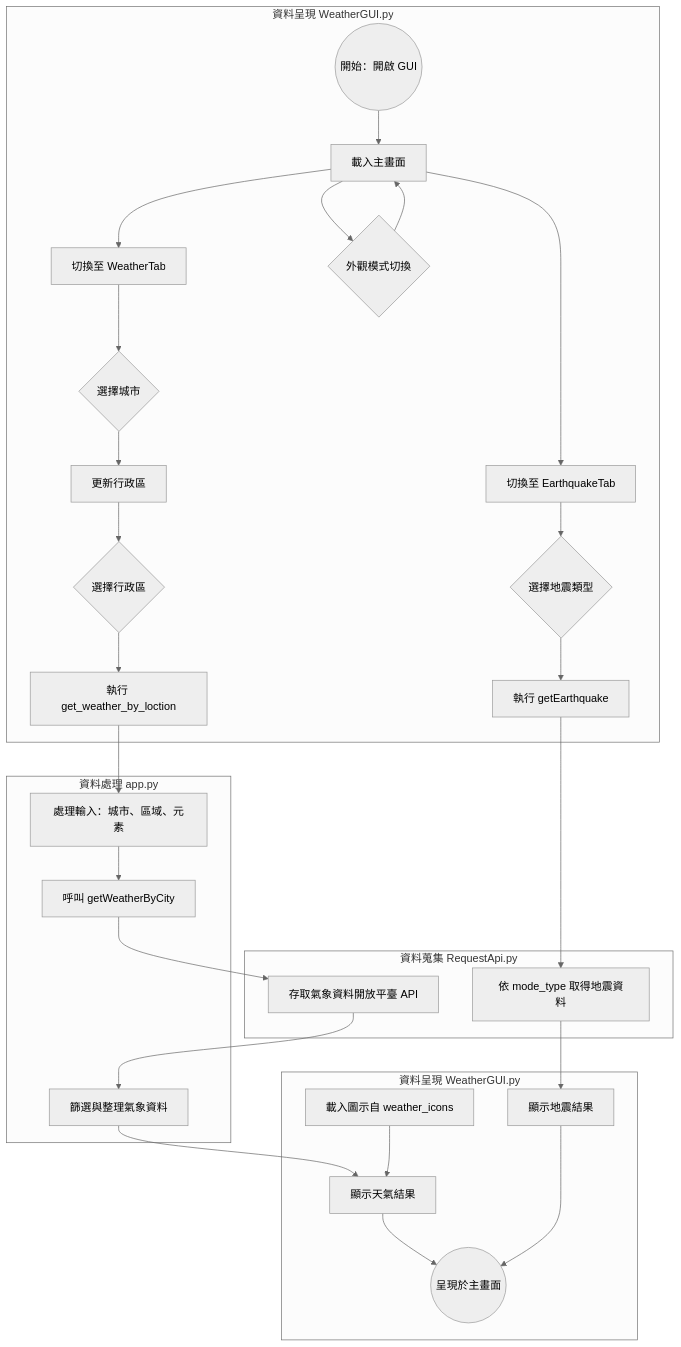
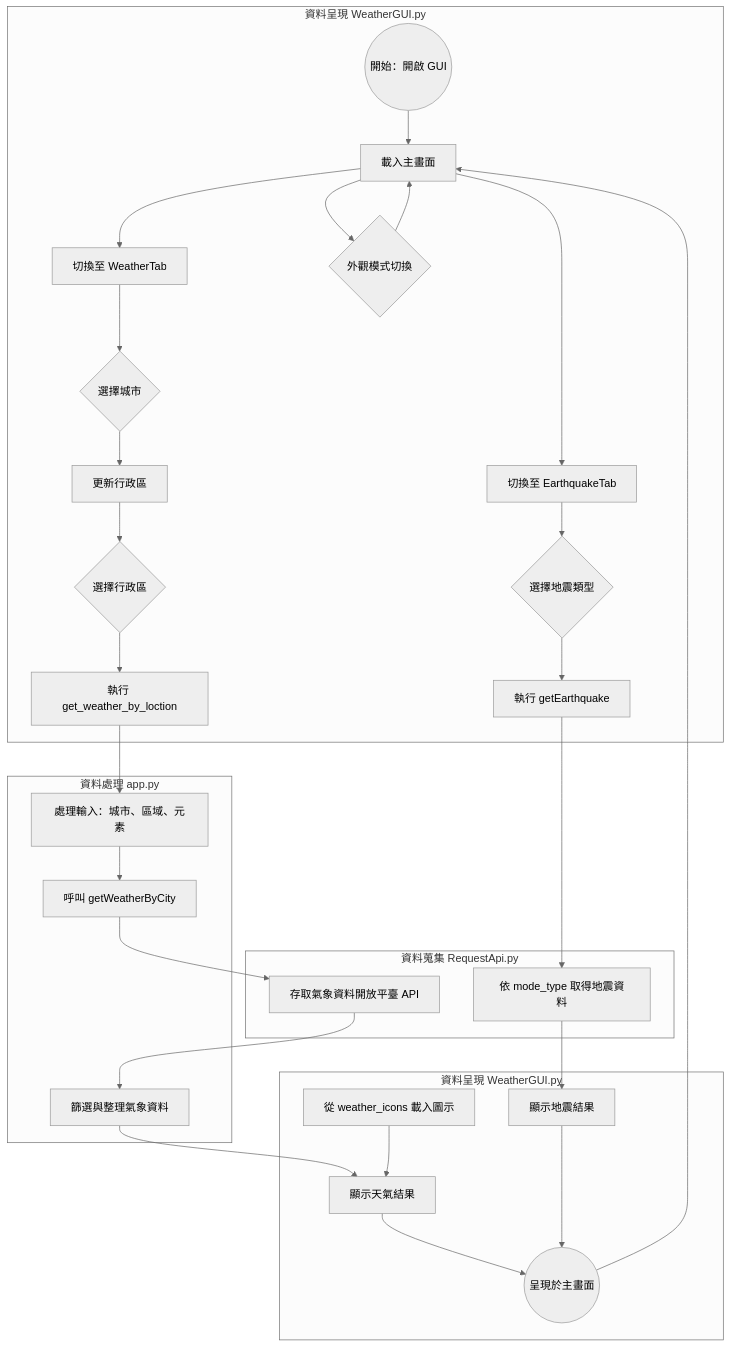
The first of 2 diagrams in README.md (The-Hermit-IndieGames/NOU_Python_113-2_Meteorological), drawn with Mermaid (neutral theme) before and after one commit.

Commit message:
Mermaid 3.1

````diff
--- a/README.md
+++ b/README.md
@@ -5,50 +5,49 @@
  ```mermaid
 flowchart TD
     %% 起點
     A((開始：開啟 GUI))
 
     %% GUI 模組
     subgraph 資料呈現 WeatherGUI.py
         A --> B[載入主畫面]
         B --> C[切換至 WeatherTab]
         B --> D[切換至 EarthquakeTab]
         B --> Z{外觀模式切換}
         Z --> B
         
         %% 天氣流程
         C --> E{選擇城市}
         E --> F[更新行政區]
         F --> G{選擇行政區}
         G --> H[執行 get_weather_by_loction]
 
         %% 地震流程
         D --> I{選擇地震類型}
         I --> J[執行 getEarthquake]
     end
 
     %% 資料處理模組
     subgraph 資料處理 app.py
         H --> K[處理輸入：城市、區域、元素]
         K --> L[呼叫 getWeatherByCity]
         M[篩選與整理氣象資料]
     end
 
     %% 資料蒐集模組
     subgraph 資料蒐集 RequestApi.py
         L --> N[存取氣象資料開放平臺 API]
         J --> O[依 mode_type 取得地震資料]
         N --> M
     end
 
     %% 顯示階段與結尾
     subgraph 資料呈現 WeatherGUI.py
     M --> P[顯示天氣結果]
-        Q[載入圖示自 weather_icons] --> P
-
+        Q[從 weather_icons 載入圖示] --> P
         O --> R[顯示地震結果]
-
         P --> S((呈現於主畫面))
         R --> S
+        S --> B
     end
 
 ```
````
